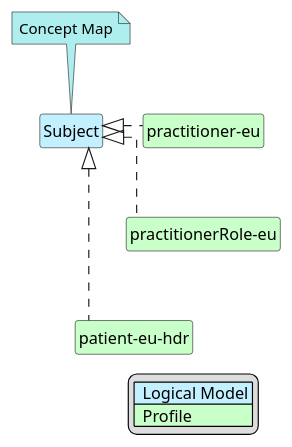
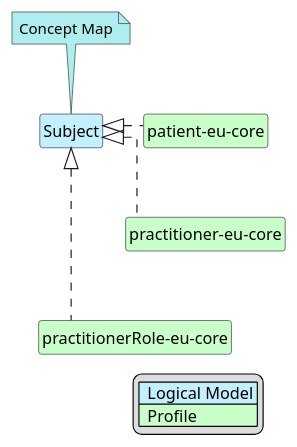
Before and after one commit to hl7-eu/hdr: the diagram in input/images-source/Subject-map.plantuml, drawn with PlantUML. The commit also changed 11 other files, not shown here.

```diff
--- a/input/images-source/Subject-map.plantuml
+++ b/input/images-source/Subject-map.plantuml
@@ -1,27 +1,27 @@
 @startuml
 hide circle
 hide stereotype
 hide members
 hide methods
 skinparam linetype ortho
 skinparam class {
 BackgroundColor<<LogicalModel>> #APPLICATION
 BackgroundColor<<Profile>> #TECHNOLOGY
 }
 legend right
 | <#APPLICATION>  Logical Model |
 | <#TECHNOLOGY>  Profile |
 endlegend
 class "Subject" <<LogicalModel>> [[StructureDefinition-Subject.html]]
 note top #PaleTurquoise [[ConceptMap-subject2FHIR-eu-hdr.html]]
 Concept Map
 endnote
-class "practitioner-eu" <<Profile>> [[StructureDefinition-practitioner-eu.html]]
-"Subject" <|. "practitioner-eu"
-class "practitionerRole-eu" <<Profile>> [[StructureDefinition-practitionerRole-eu.html]]
-"Subject" <|. "practitionerRole-eu"
-"practitioner-eu" -d[hidden]-> "practitionerRole-eu"
-class "patient-eu-hdr" <<Profile>> [[StructureDefinition-patient-eu-hdr.html]]
-"Subject" <|. "patient-eu-hdr"
-"practitionerRole-eu" -d[hidden]-> "patient-eu-hdr"
+class "patient-eu-core" <<Profile>> [[StructureDefinition-patient-eu-core.html]]
+"Subject" <|. "patient-eu-core"
+class "practitioner-eu-core" <<Profile>> [[StructureDefinition-practitioner-eu-core.html]]
+"Subject" <|. "practitioner-eu-core"
+"patient-eu-core" -d[hidden]-> "practitioner-eu-core"
+class "practitionerRole-eu-core" <<Profile>> [[StructureDefinition-practitionerRole-eu-core.html]]
+"Subject" <|. "practitionerRole-eu-core"
+"practitioner-eu-core" -d[hidden]-> "practitionerRole-eu-core"
 @enduml
```
